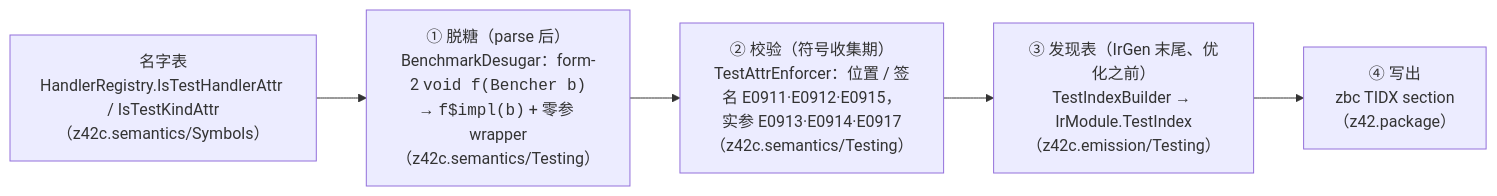
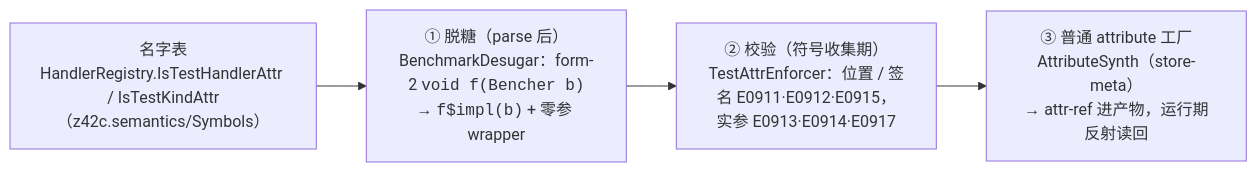
One commit to z42-lang/z42 changed the diagram in docs/internals/src/testing/framework.md. Above: the diagram before and after it, drawn with Mermaid. The commit also changed other lines of this file and 52 other files, not shown here.

First line of the commit message:
feat(test): 测试发现改为运行期反射；z42.harness 合回 z42.test；测试 attribute 进 z42.core

````diff
--- a/docs/internals/src/testing/framework.md
+++ b/docs/internals/src/testing/framework.md
@@ -65,8 +60,7 @@
 ```mermaid
 flowchart LR
   N["名字表<br/>HandlerRegistry.IsTestHandlerAttr / IsTestKindAttr<br/>（z42c.semantics/Symbols）"] --> D
-  D["① 脱糖（parse 后）<br/>BenchmarkDesugar：form-2 <code>void f(Bencher b)</code><br/>→ <code>f$impl(b)</code> + 零参 wrapper<br/>（z42c.semantics/Testing）"] --> V
-  V["② 校验（符号收集期）<br/>TestAttrEnforcer：位置 / 签名 E0911·E0912·E0915，<br/>实参 E0913·E0914·E0917<br/>（z42c.semantics/Testing）"] --> T
-  T["③ 发现表（IrGen 末尾、优化之前）<br/>TestIndexBuilder → IrModule.TestIndex<br/>（z42c.emission/Testing）"] --> W
-  W["④ 写出<br/>zbc TIDX section<br/>（z42.package）"]
+  D["① 脱糖（parse 后）<br/>BenchmarkDesugar：form-2 <code>void f(Bencher b)</code><br/>→ <code>f$impl(b)</code> + 零参 wrapper"] --> V
+  V["② 校验（符号收集期）<br/>TestAttrEnforcer：位置 / 签名 E0911·E0912·E0915，<br/>实参 E0913·E0914·E0917"] --> F
+  F["③ 普通 attribute 工厂<br/>AttributeSynth（store-meta）<br/>→ attr-ref 进产物，运行期反射读回"]
 ```
````
